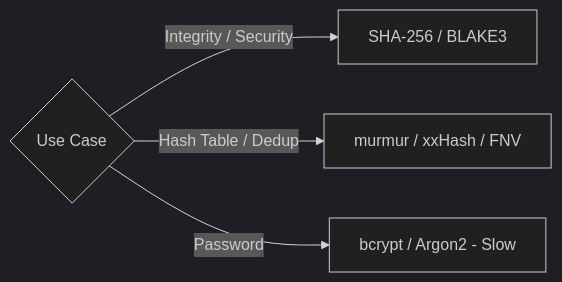
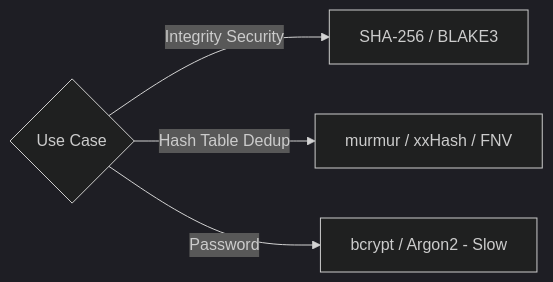
The sixth of 7 diagrams in vol-14-algorithms/ch02-hashing.md (bumbsclaw/textbooks), drawn with Mermaid (dark theme) before and after one commit. The commit also changed other lines of this file and 173 other files, not shown here.

First line of the commit message:
fix(mermaid): close note brackets, semicolons in Notes, stateDiagram br -> dash, edge parens

````diff
--- a/vol-14-algorithms/ch02-hashing.md
+++ b/vol-14-algorithms/ch02-hashing.md
@@ -611,7 +611,7 @@
 ```mermaid
 flowchart LR
     USE{Use Case}
-    USE -->|Integrity / Security| CRYPTO[SHA-256 / BLAKE3]
-    USE -->|Hash Table / Dedup| FAST[murmur / xxHash / FNV]
+    USE -->|Integrity Security| CRYPTO[SHA-256 / BLAKE3]
+    USE -->|Hash Table Dedup| FAST[murmur / xxHash / FNV]
     USE -->|Password| SLOW[bcrypt / Argon2 - Slow]
 ```
````
